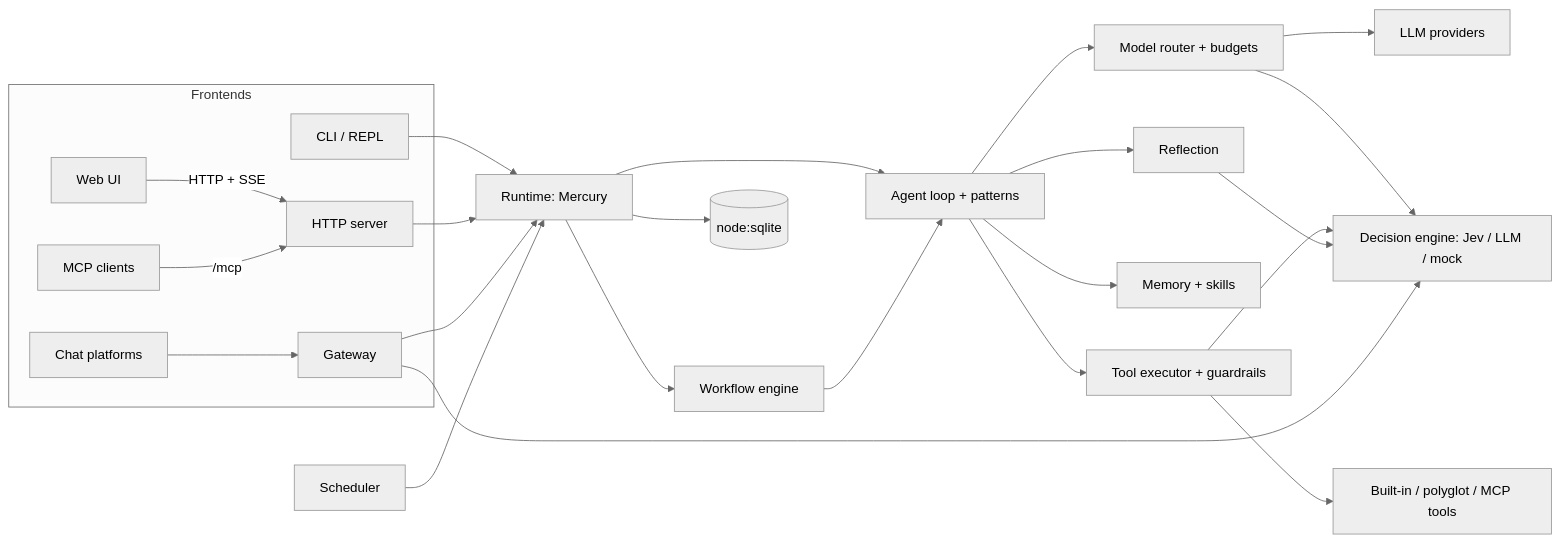
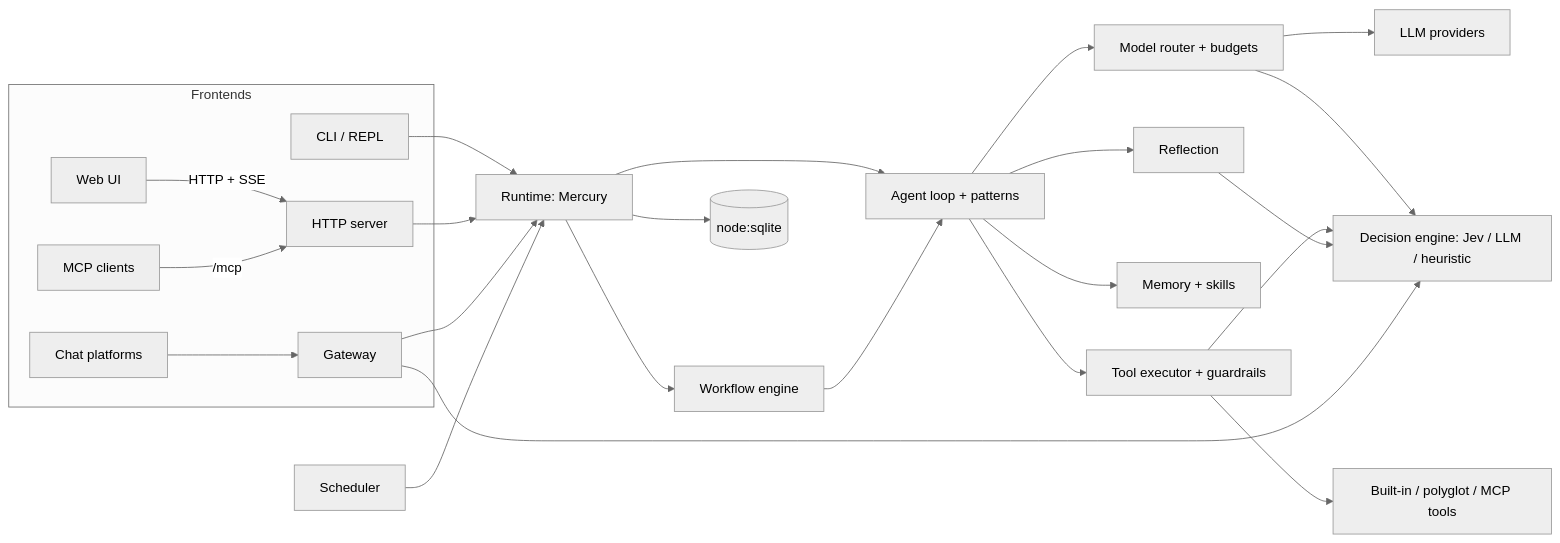
The diagram in README.md (ms1963/mercury_agent), drawn with Mermaid (neutral theme) before and after one commit. The commit also changed other lines of this file and 11 other files, not shown here.

Commit message:
providers: require a real LLM backend; gate mock behind MERCURY_ENABLE_MOCK; make Jev optional; add PROVIDERS.md, mercury.example.yaml, .env.example

````diff
--- a/README.md
+++ b/README.md
@@ -66,21 +80,21 @@
 ```mermaid
 flowchart LR
   subgraph Frontends
     CLI[CLI / REPL]
     WEB[Web UI] -->|HTTP + SSE| SRV[HTTP server]
     CHAT[Chat platforms] --> GW[Gateway]
     MCPC[MCP clients] -->|/mcp| SRV
   end
   CLI --> RT
   SRV --> RT[Runtime: Mercury]
   GW --> RT
   SCH[Scheduler] --> RT
   RT --> AG[Agent loop + patterns]
   RT --> WF[Workflow engine] --> AG
   AG --> RTR[Model router + budgets] --> LLM[LLM providers]
   AG --> TX[Tool executor + guardrails] --> TOOLS[Built-in / polyglot / MCP tools]
   AG --> MEM[Memory + skills]
   AG --> REF[Reflection]
-  RTR & TX & REF & GW --> DEC[Decision engine: Jev / LLM / mock]
+  RTR & TX & REF & GW --> DEC[Decision engine: Jev / LLM / heuristic]
   RT --> DB[(node:sqlite)]
 ```
````
